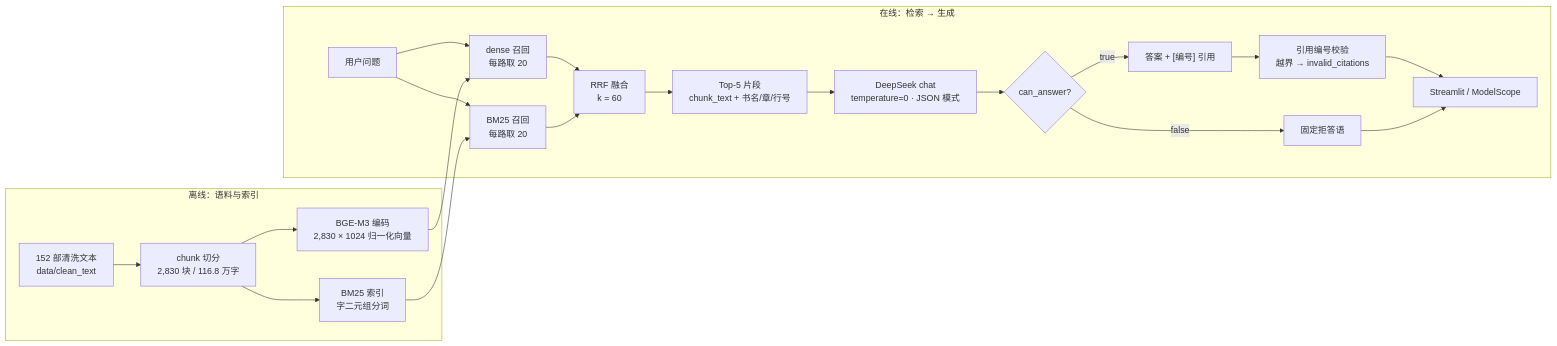
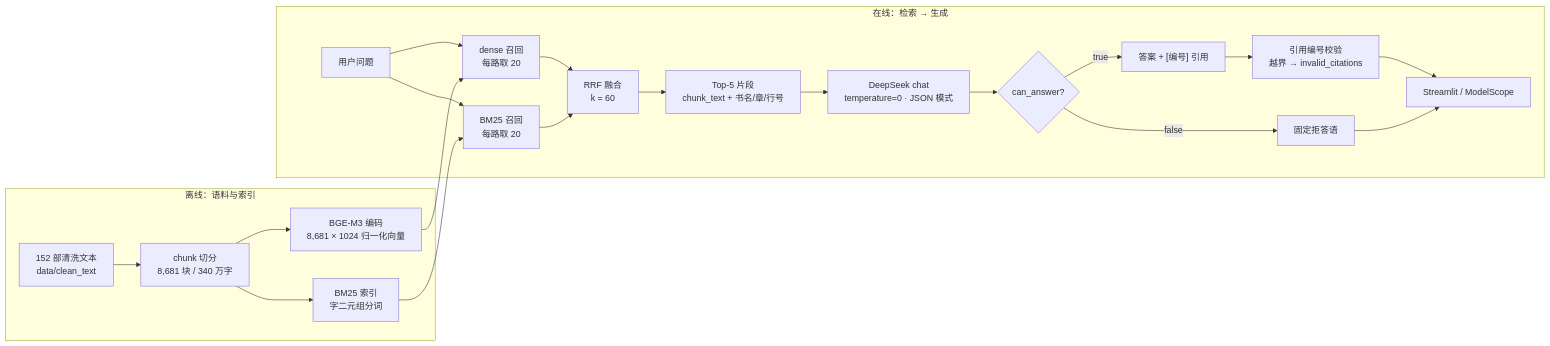
Before and after one commit to true-12138/mingli-rag: the diagram in README.md, drawn with Mermaid. The commit also changed other lines of this file and 9 other files, not shown here.

````diff
--- a/README.md
+++ b/README.md
@@ -37,25 +38,25 @@
 ```mermaid
 flowchart LR
     subgraph OFFLINE["离线：语料与索引"]
-        A["152 部清洗文本<br/>data/clean_text"] --> B["chunk 切分<br/>2,830 块 / 116.8 万字"]
-        B --> C["BGE-M3 编码<br/>2,830 × 1024 归一化向量"]
+        A["152 部清洗文本<br/>data/clean_text"] --> B["chunk 切分<br/>8,681 块 / 340 万字"]
+        B --> C["BGE-M3 编码<br/>8,681 × 1024 归一化向量"]
         B --> D["BM25 索引<br/>字二元组分词"]
     end
 
     subgraph ONLINE["在线：检索 → 生成"]
         Q["用户问题"] --> E["dense 召回<br/>每路取 20"]
         Q --> F["BM25 召回<br/>每路取 20"]
         C --> E
         D --> F
         E --> G["RRF 融合<br/>k = 60"]
         F --> G
         G --> H["Top-5 片段<br/>chunk_text + 书名/章/行号"]
         H --> I["DeepSeek chat<br/>temperature=0 · JSON 模式"]
         I --> J{"can_answer?"}
         J -->|"true"| K["答案 + [编号] 引用"]
         J -->|"false"| L["固定拒答语"]
         K --> M["引用编号校验<br/>越界 → invalid_citations"]
         M --> N["Streamlit / ModelScope"]
         L --> N
     end
 ```
````
